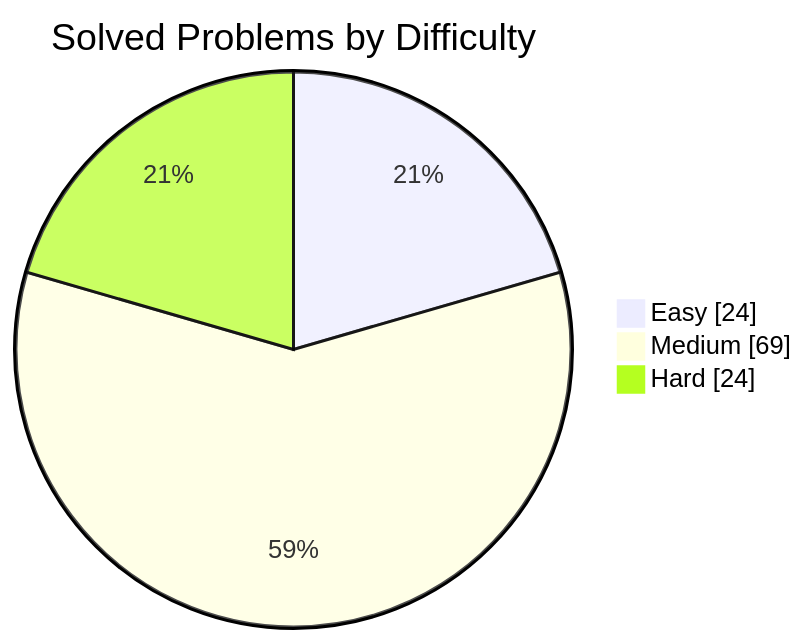
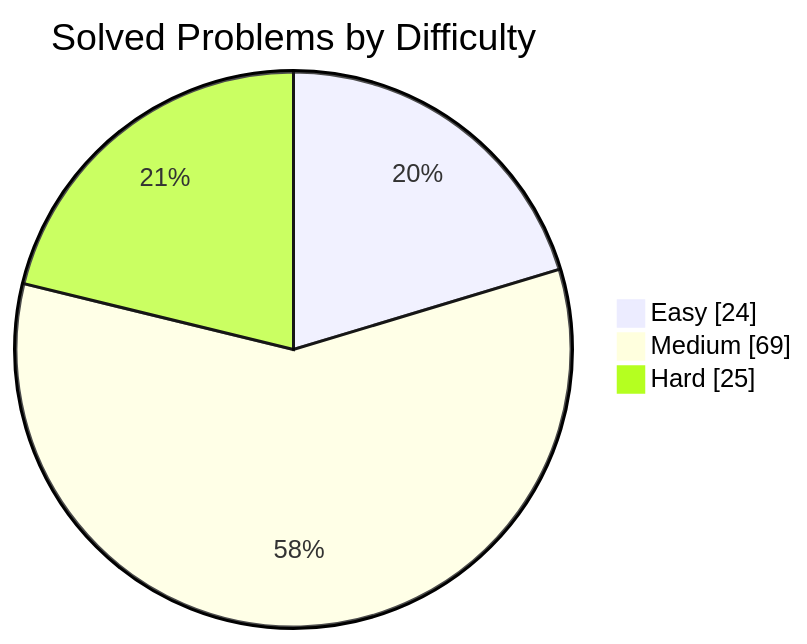
One commit to manikantbindass/DSA-Preparation-FAANG changed the first of 2 diagrams in README.md. Above: the diagram before and after it, drawn with Mermaid. The commit also changed other lines of this file, not shown here.

````diff
--- a/README.md
+++ b/README.md
@@ -38,7 +38,7 @@
 ```mermaid
 pie showData
     title Solved Problems by Difficulty
     "Easy" : 24
     "Medium" : 69
-    "Hard" : 24
+    "Hard" : 25
 ```
````
